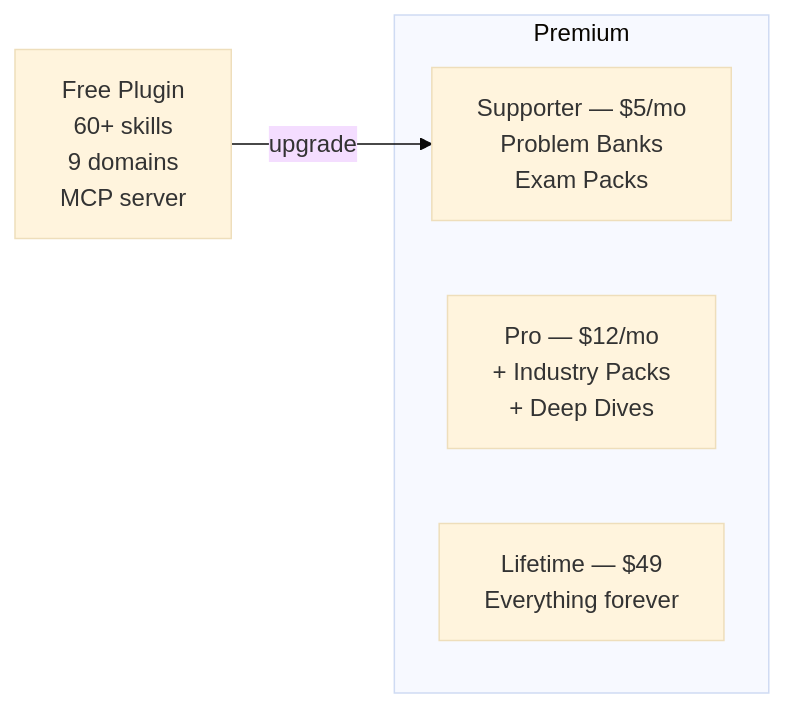
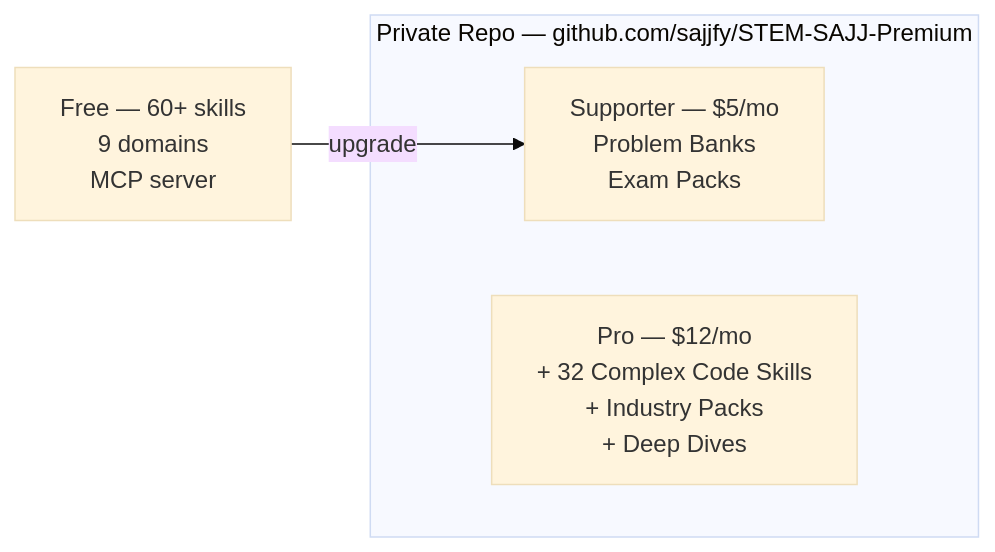
Before and after one commit to sajjfy/STEM-SAJJ: the third of 3 diagrams in README.md, drawn with Mermaid (base theme). The commit also changed other lines of this file, not shown here.

Commit message:
Update README: detail premium skills across 6 domains

````diff
--- a/README.md
+++ b/README.md
@@ -354,10 +354,9 @@
 ```mermaid
 graph LR
-    FREE[Free Plugin<br/>60+ skills<br/>9 domains<br/>MCP server] -->|upgrade| SUP
+    FREE[Free — 60+ skills<br/>9 domains<br/>MCP server] -->|upgrade| SUP
 
-    subgraph Premium
+    subgraph Premium [Private Repo — github.com/sajjfy/STEM-SAJJ-Premium]
         SUP[Supporter — $5/mo<br/>Problem Banks<br/>Exam Packs]
-        PRO[Pro — $12/mo<br/>+ Industry Packs<br/>+ Deep Dives]
-        LIFE[Lifetime — $49<br/>Everything forever]
+        PRO[Pro — $12/mo<br/>+ 32 Complex Code Skills<br/>+ Industry Packs<br/>+ Deep Dives]
     end
 ```
````
